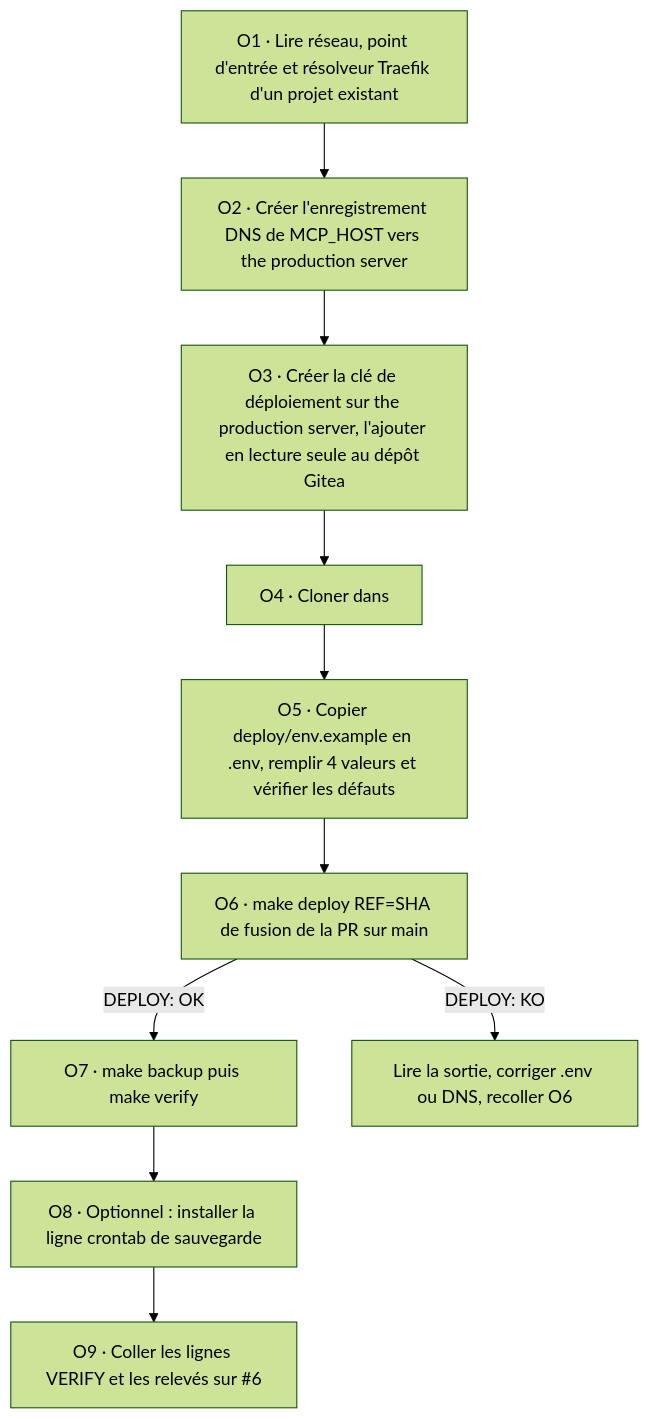
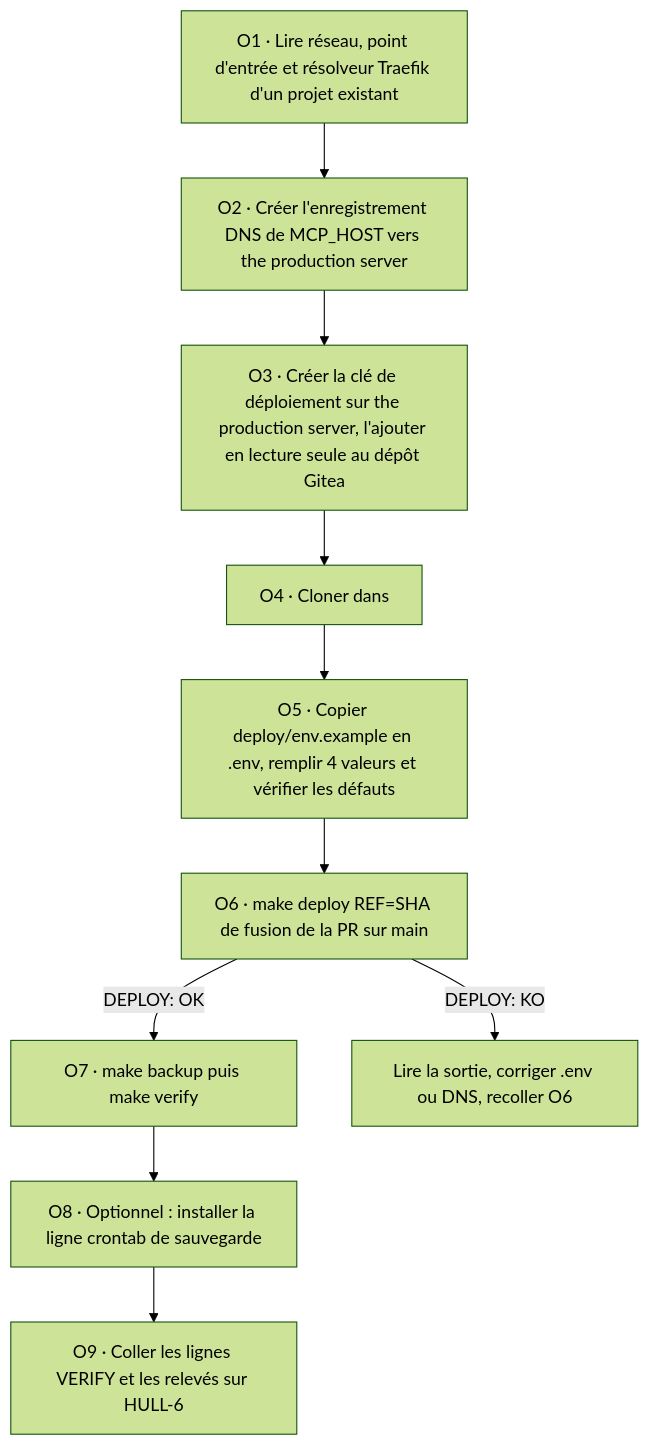
The first of 2 diagrams in features/F-004-fondation.md (sstolz/hullgate), drawn with Mermaid (forest theme) before and after one commit. The commit also changed other lines of this file and 135 other files, not shown here.

````diff
--- a/features/F-004-fondation.md
+++ b/features/F-004-fondation.md
@@ -387,12 +387,12 @@
 ```mermaid
 flowchart TD
   O1[O1 · Lire réseau, point d'entrée et résolveur Traefik d'un projet existant] --> O2[O2 · Créer l'enregistrement DNS de MCP_HOST vers the production server]
   O2 --> O3[O3 · Créer la clé de déploiement sur the production server, l'ajouter en lecture seule au dépôt Gitea]
   O3 --> O4[O4 · Cloner dans <install-dir>]
   O4 --> O5[O5 · Copier deploy/env.example en .env, remplir 4 valeurs et vérifier les défauts]
   O5 --> O6[O6 · make deploy REF=SHA de fusion de la PR sur main]
   O6 -->|DEPLOY: OK| O7[O7 · make backup puis make verify]
   O6 -->|DEPLOY: KO| X[Lire la sortie, corriger .env ou DNS, recoller O6]
   O7 --> O8[O8 · Optionnel : installer la ligne crontab de sauvegarde]
-  O8 --> O9[O9 · Coller les lignes VERIFY et les relevés sur #6]
+  O8 --> O9[O9 · Coller les lignes VERIFY et les relevés sur HULL-6]
 ```
````
